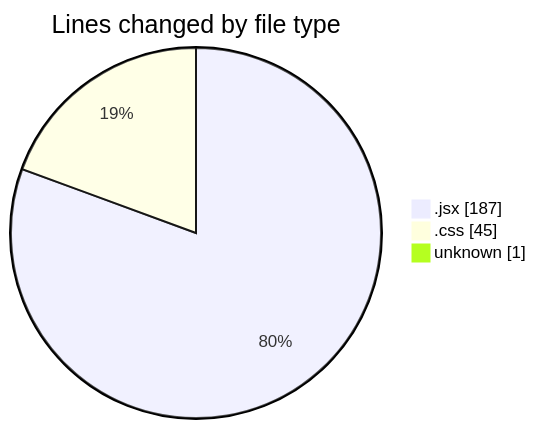
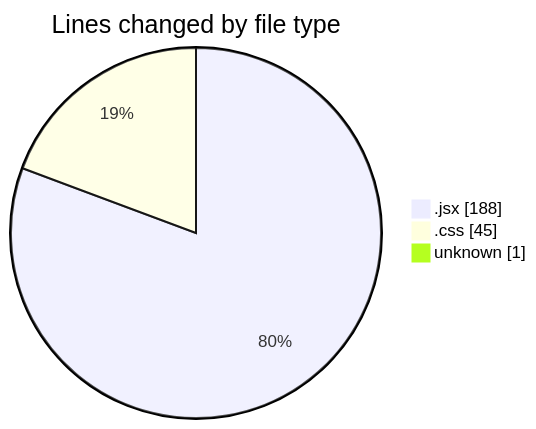
Before and after one commit to Elitesun/code-tracking: the first of 2 diagrams in 2025-02-06/react_ecom/README.md, drawn with Mermaid. The commit also changed other lines of this file and 1 other file, not shown here.

````diff
--- a/2025-02-06/react_ecom/README.md
+++ b/2025-02-06/react_ecom/README.md
@@ -24,7 +24,7 @@
 ```mermaid
 pie showData
 title Lines changed by file type
-".jsx" : 187
+".jsx" : 188
 ".css" : 45
 "unknown" : 1
 ```
````
